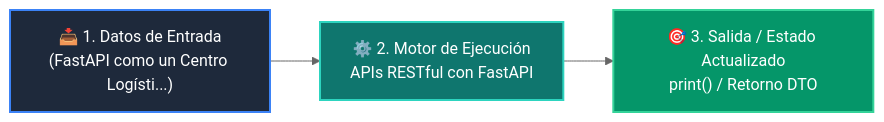
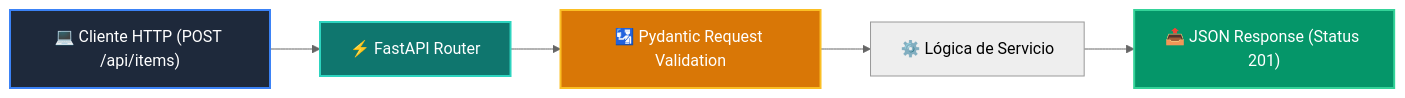
Before and after one commit to wisrovi/wisrovi-python: the diagram in docs/curso-04/clase-02.md, drawn with Mermaid (neutral theme). The commit also changed other lines of this file and 52 other files, not shown here.

````diff
--- a/docs/curso-04/clase-02.md
+++ b/docs/curso-04/clase-02.md
@@ -38,9 +37,11 @@
 ```mermaid
 flowchart LR
-    IN["📥 1. Datos de Entrada<br/>(FastAPI como un Centro Logísti...)"] --> ENG["⚙️ 2. Motor de Ejecución<br/>APIs RESTful con FastAPI"]
-    ENG --> OUT["🎯 3. Salida / Estado Actualizado<br/>print() / Retorno DTO"]
-
-    style IN fill:#1e293b,color:#ffffff,stroke:#3b82f6,stroke-width:2px
-    style ENG fill:#0f766e,color:#ffffff,stroke:#2dd4bf,stroke-width:2px
-    style OUT fill:#059669,color:#ffffff,stroke:#34d399,stroke-width:2px
+    A["💻 Cliente HTTP (POST /api/items)"] --> B["⚡ FastAPI Router"]
+    B --> C["🛂 Pydantic Request Validation"]
+    C --> D["⚙️ Lógica de Servicio"]
+    D --> E["📤 JSON Response (Status 201)"]
+    style A fill:#1e293b,color:#ffffff,stroke:#3b82f6,stroke-width:2px
+    style B fill:#0f766e,color:#ffffff,stroke:#2dd4bf,stroke-width:2px
+    style C fill:#d97706,color:#ffffff,stroke:#fbbf24,stroke-width:2px
+    style E fill:#059669,color:#ffffff,stroke:#34d399,stroke-width:2px
 ```
````
